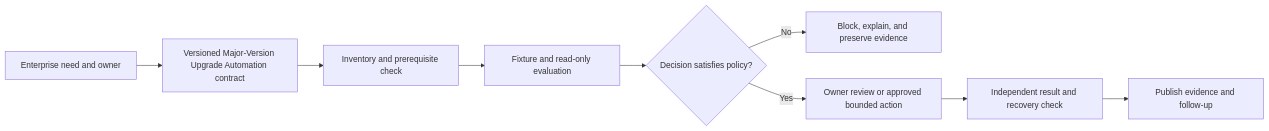
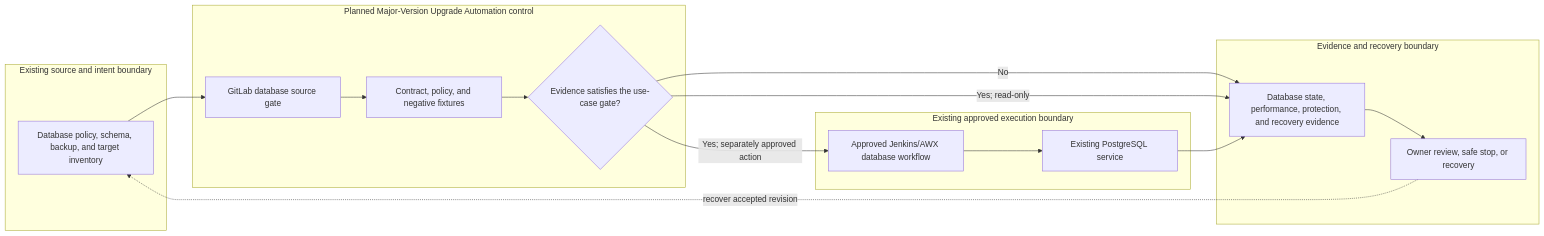
The diagram in docs/use-cases/database/UC-DB-006-major-version-upgrade-automation.md (MIDHTECH/enterprise-architecture-docs), drawn with Mermaid before and after one commit. The commit also changed other lines of this file and 227 other files, not shown here.

Commit message:
Deepen architecture for all use case designs

````diff
--- a/docs/use-cases/database/UC-DB-006-major-version-upgrade-automation.md
+++ b/docs/use-cases/database/UC-DB-006-major-version-upgrade-automation.md
@@ -136,11 +129,25 @@
 ```mermaid
 flowchart LR
-    Need["Enterprise need and owner"] --> Contract["Versioned Major-Version Upgrade Automation contract"]
-    Contract --> Preflight["Inventory and prerequisite check"]
-    Preflight --> Evaluate["Fixture and read-only evaluation"]
-    Evaluate --> Decision{"Decision satisfies policy?"}
-    Decision -->|No| Stop["Block, explain, and preserve evidence"]
-    Decision -->|Yes| Review["Owner review or approved bounded action"]
-    Review --> Verify["Independent result and recovery check"]
-    Verify --> Publish["Publish evidence and follow-up"]
+    subgraph Source["Existing source and intent boundary"]
+        A["Database policy, schema, backup, and target inventory"]
+    end
+    subgraph Planned["Planned Major-Version Upgrade Automation control"]
+        B["GitLab database source gate"]
+        C["Contract, policy, and negative fixtures"]
+        D{"Evidence satisfies the use-case gate?"}
+    end
+    subgraph Runtime["Existing approved execution boundary"]
+        E["Approved Jenkins/AWX database workflow"]
+        F["Existing PostgreSQL service"]
+    end
+    subgraph Assurance["Evidence and recovery boundary"]
+        G["Database state, performance, protection, and recovery evidence"]
+        H["Owner review, safe stop, or recovery"]
+    end
+
+    A --> B --> C --> D
+    D -->|No| G --> H
+    D -->|Yes; read-only| G
+    D -->|Yes; separately approved action| E --> F --> G
+    H -. recover accepted revision .-> A
 ```
````
